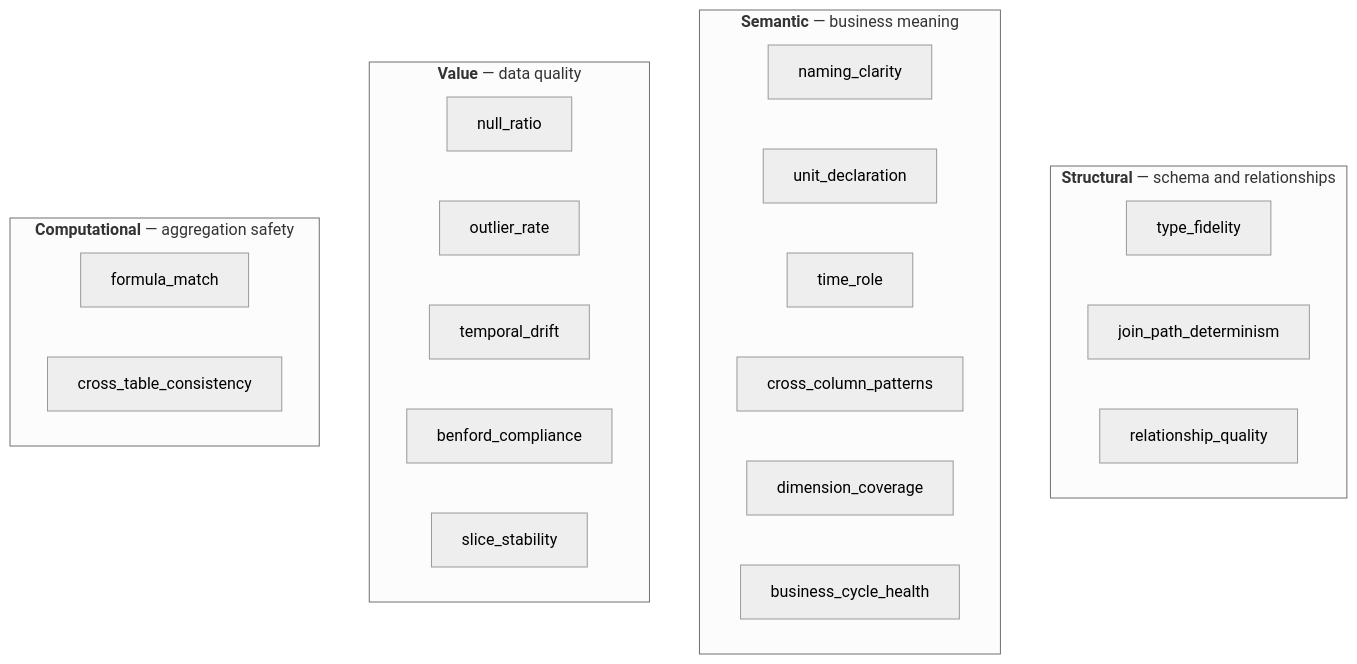
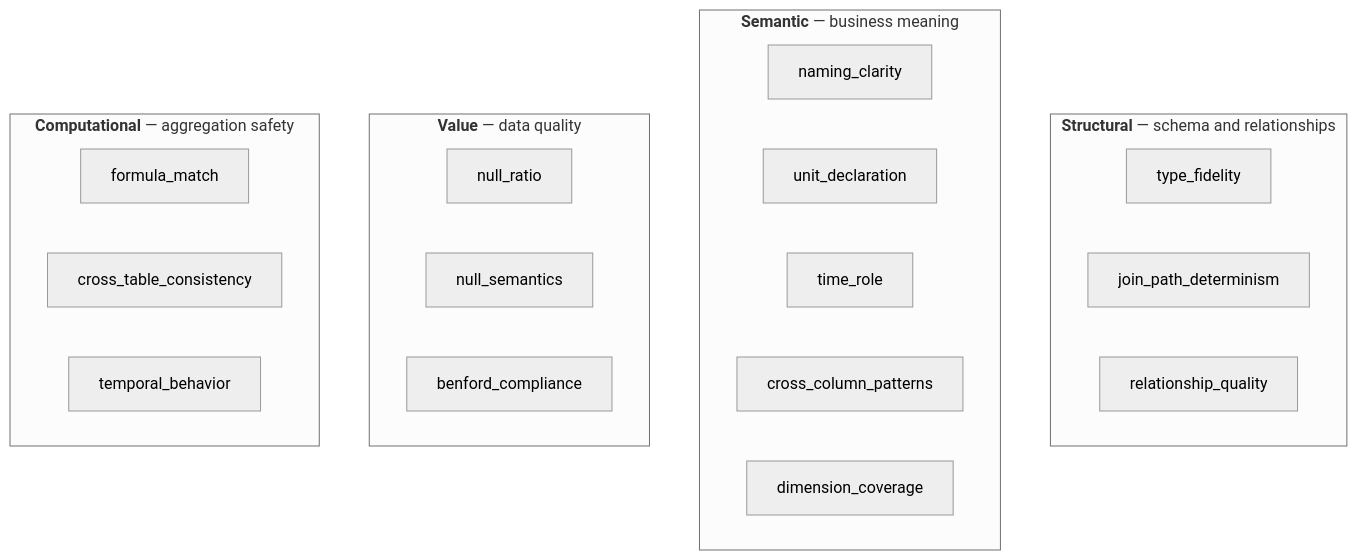
The third of 6 diagrams in packages/engine/docs/architecture-future.md (dataraum/dataraum), drawn with Mermaid (neutral theme) before and after one commit. The commit also changed other lines of this file and 5 other files, not shown here.

````diff
--- a/packages/engine/docs/architecture-future.md
+++ b/packages/engine/docs/architecture-future.md
@@ -140,30 +140,28 @@
 ```mermaid
 flowchart TB
     subgraph S["<b>Structural</b> — schema and relationships"]
         S1["type_fidelity"]
         S2["join_path_determinism"]
         S3["relationship_quality"]
     end
 
     subgraph SE["<b>Semantic</b> — business meaning"]
         SE1["naming_clarity"]
         SE2["unit_declaration"]
         SE3["time_role"]
         SE4["cross_column_patterns"]
         SE5["dimension_coverage"]
-        SE6["business_cycle_health"]
     end
 
     subgraph V["<b>Value</b> — data quality"]
         V1["null_ratio"]
-        V2["outlier_rate"]
-        V3["temporal_drift"]
-        V4["benford_compliance"]
-        V5["slice_stability"]
+        V2["null_semantics"]
+        V3["benford_compliance"]
     end
 
     subgraph C["<b>Computational</b> — aggregation safety"]
         C1["formula_match"]
         C2["cross_table_consistency"]
+        C3["temporal_behavior"]
     end
 ```
````
